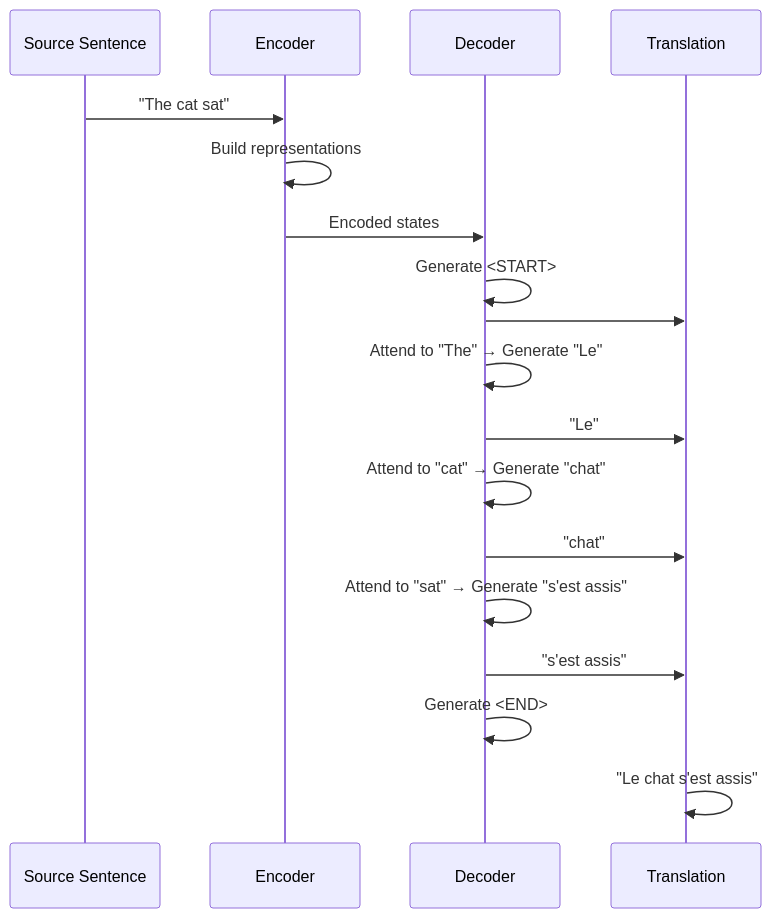
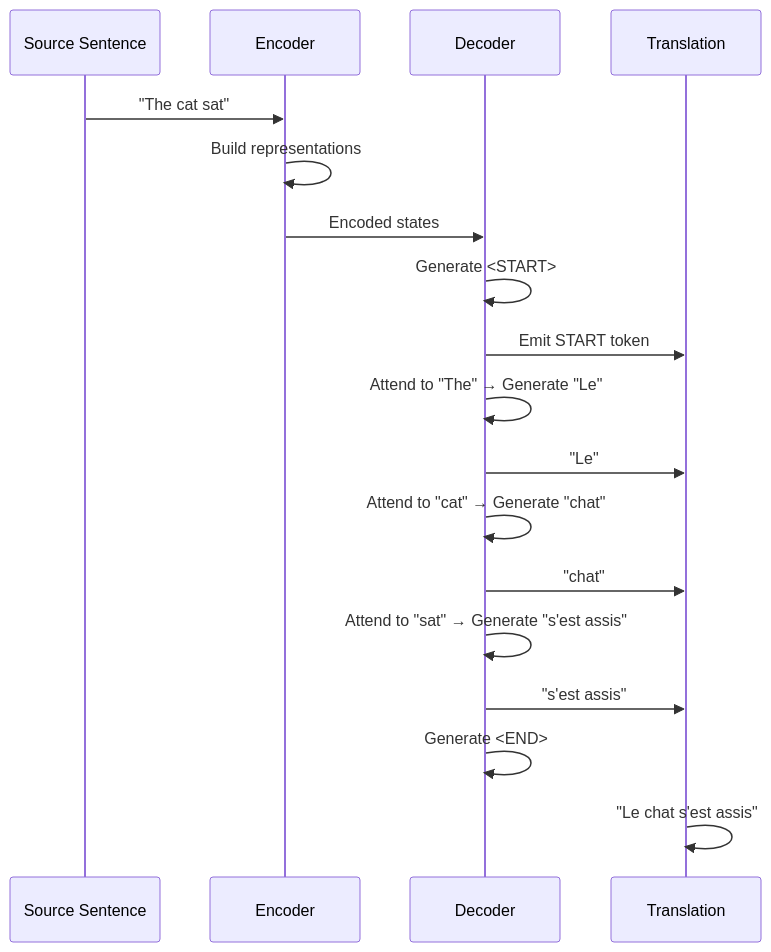
Before and after one commit to Shaddix/mostlylucidweb: diagram 11 of 15 in Mostlylucid/Markdown/how-neural-machine-translation-works.md, drawn with Mermaid. The commit also changed other lines of this file and 7 other files, not shown here.

````diff
--- a/Mostlylucid/Markdown/how-neural-machine-translation-works.md
+++ b/Mostlylucid/Markdown/how-neural-machine-translation-works.md
@@ -632,26 +624,26 @@
 ```mermaid
 sequenceDiagram
     participant Input as Source Sentence
     participant Encoder
     participant Decoder
     participant Output as Translation
 
     Input->>Encoder: "The cat sat"
     Encoder->>Encoder: Build representations
     Encoder->>Decoder: Encoded states
 
     Decoder->>Decoder: Generate <START>
-    Decoder->>Output:
+    Decoder->>Output: Emit START token
 
     Decoder->>Decoder: Attend to "The" → Generate "Le"
     Decoder->>Output: "Le"
 
     Decoder->>Decoder: Attend to "cat" → Generate "chat"
     Decoder->>Output: "chat"
 
     Decoder->>Decoder: Attend to "sat" → Generate "s'est assis"
     Decoder->>Output: "s'est assis"
 
     Decoder->>Decoder: Generate <END>
     Output->>Output: "Le chat s'est assis"
 ```
````
